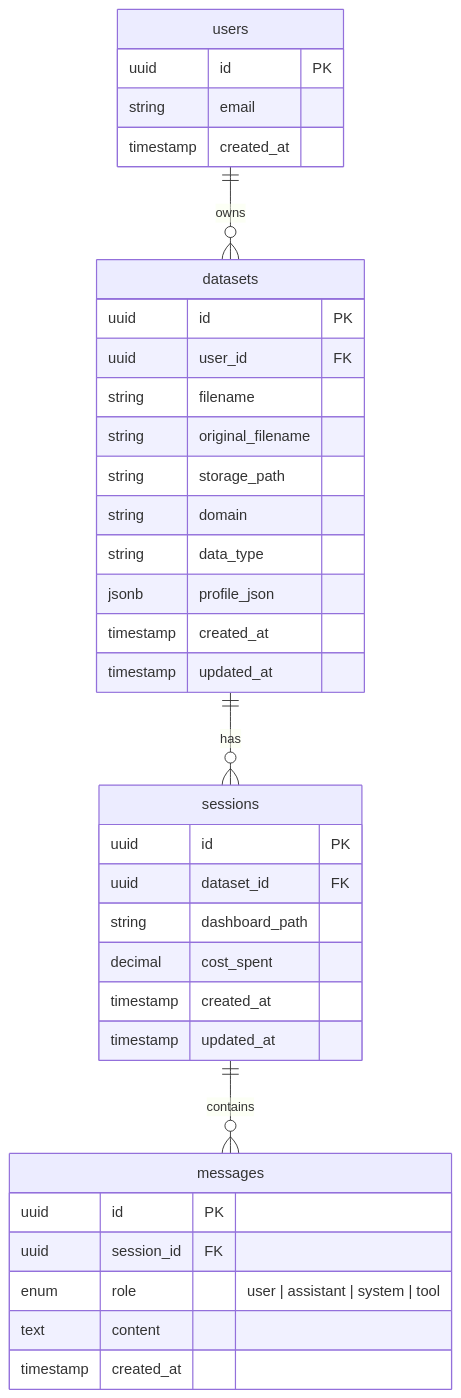
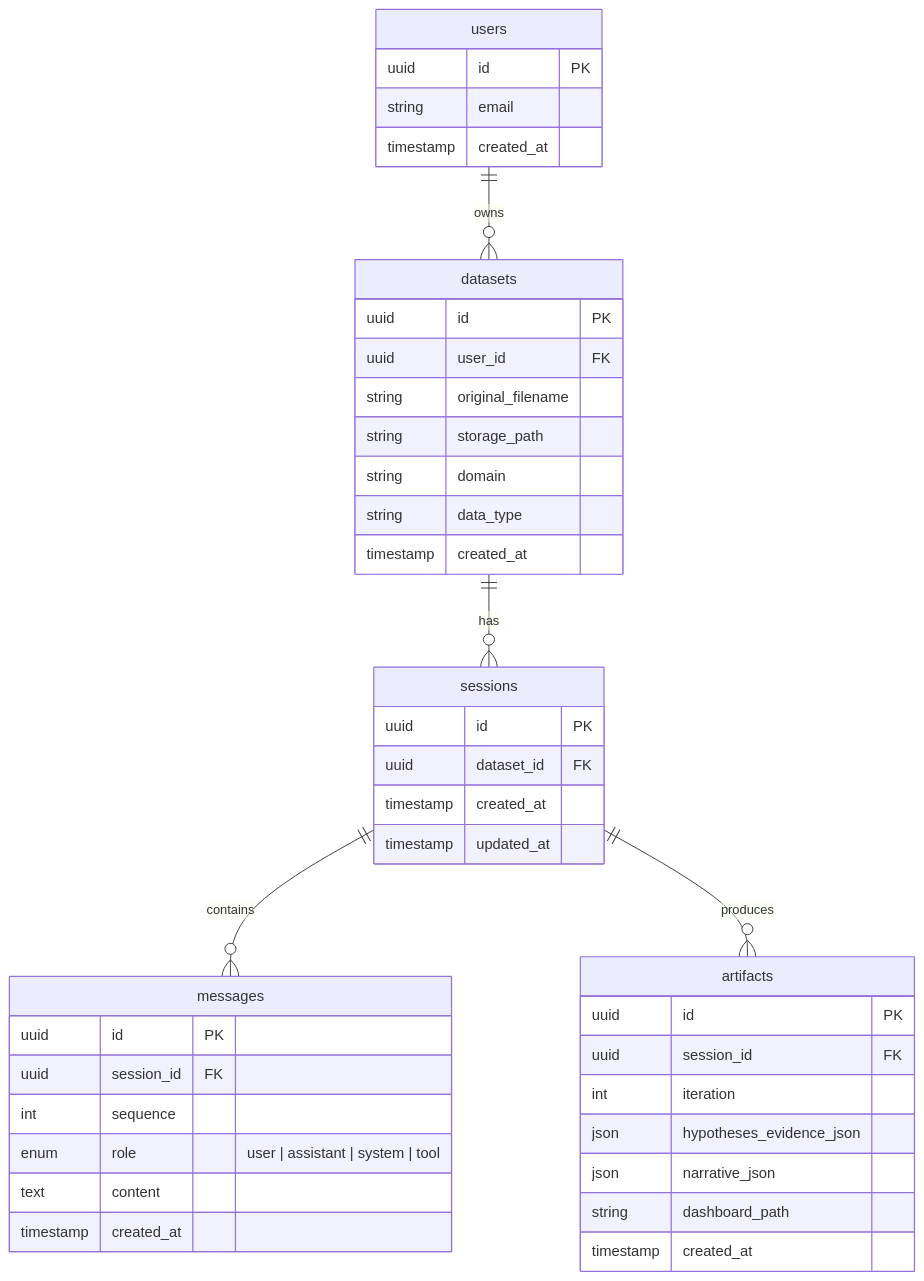
The second of 5 diagrams in design_spec.md (chekahchek/auto-analyst), drawn with Mermaid before and after one commit. The commit also changed other lines of this file and 20 other files, not shown here.

````diff
--- a/design_spec.md
+++ b/design_spec.md
@@ -90,42 +158,49 @@
 ```mermaid
 erDiagram
     users ||--o{ datasets : "owns"
     datasets ||--o{ sessions : "has"
     sessions ||--o{ messages : "contains"
+    sessions ||--o{ artifacts : "produces"
 
     users {
         uuid id PK
         string email
         timestamp created_at
     }
 
     datasets {
         uuid id PK
         uuid user_id FK
-        string filename
         string original_filename
         string storage_path
         string domain
         string data_type
-        jsonb profile_json
         timestamp created_at
-        timestamp updated_at
     }
 
     sessions {
         uuid id PK
         uuid dataset_id FK
-        string dashboard_path
-        decimal cost_spent
         timestamp created_at
         timestamp updated_at
     }
 
     messages {
         uuid id PK
         uuid session_id FK
+        int sequence
         enum role "user | assistant | system | tool"
         text content
         timestamp created_at
     }
+
+    artifacts {
+        uuid id PK
+        uuid session_id FK
+        int iteration
+        json hypotheses_evidence_json
+        json narrative_json
+        string dashboard_path
+        timestamp created_at
+    }
 ```
````
